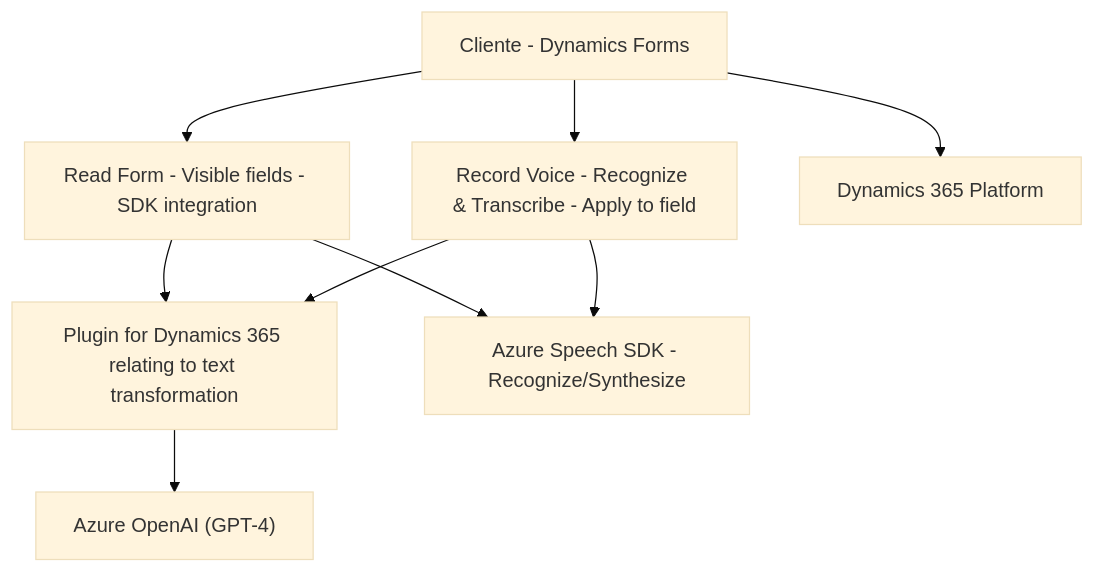
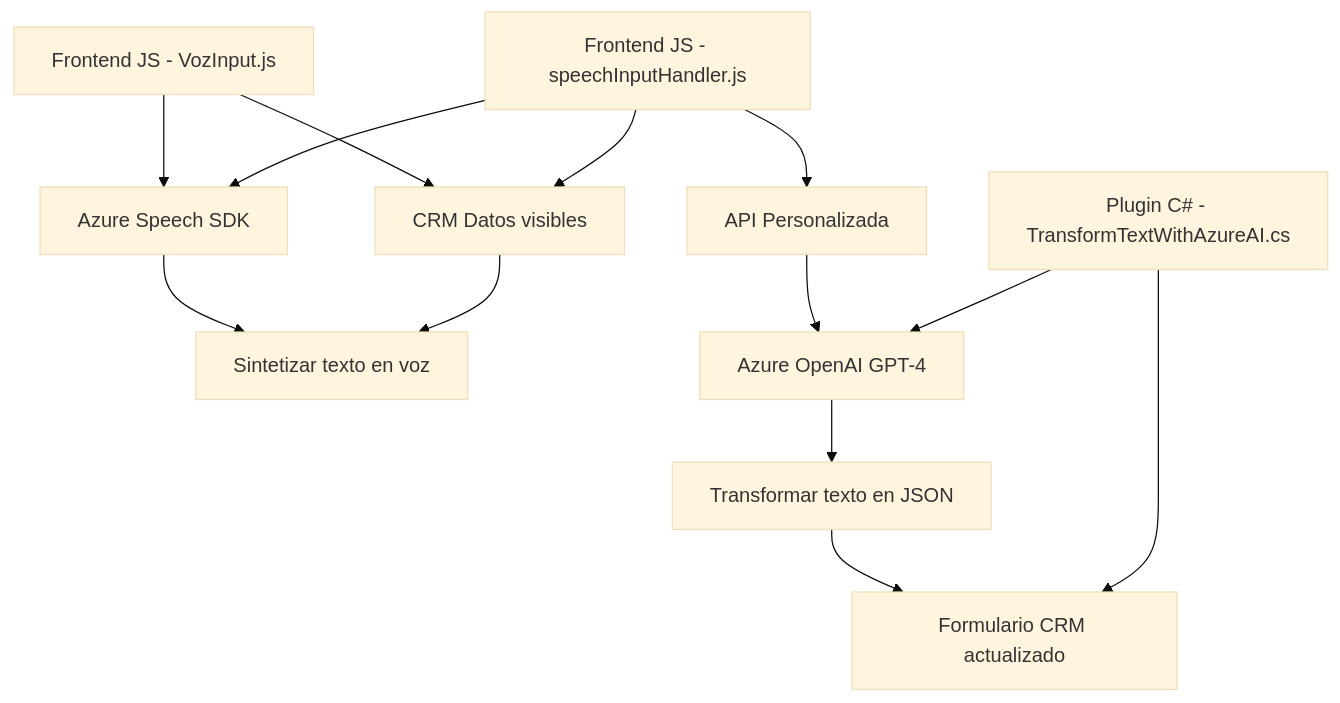
The diagram in README.md (blopezdm/NETCORE_BILBAO2025), drawn with Mermaid (base theme) before and after one commit. The commit also changed other lines of this file, not shown here.

````diff
--- a/README.md
+++ b/README.md
@@ -40,22 +41,17 @@
 ```mermaid
 graph TD
-    A["Cliente - Dynamics Forms"]
-    B["Frontend - voiceInputHandler.js"]
-    C["Frontend - speechForm.js"]
-    D["Backend Plugin - TransformTextWithAzureAI.cs"]
-    E["Azure Speech SDK - Recognize/Synthesize"]
-    F["Azure OpenAI (GPT-4)"]
-    G["Dynamics 365 Platform"]
+    A["Frontend JS - VozInput.js"] --> B["Azure Speech SDK"]
+    A --> C["CRM Datos visibles"]
+    B --> D["Sintetizar texto en voz"]
+    C --> D
+    
+    E["Frontend JS - speechInputHandler.js"] --> B
+    E --> F["API Personalizada"]
+    F --> G["Azure OpenAI GPT-4"]
+    E --> C
+    G --> H["Transformar texto en JSON"]
+    H --> I["Formulario CRM actualizado"]
 
-    A --> B
-    A --> C
-    B --> E
-    C --> E
-    B --> D
-    C --> D
-    D --> F
-    A --> G
-    B[Read Form - Visible fields - SDK integration]
-    C[Record Voice - Recognize & Transcribe - Apply to field]
-    D[Plugin for Dynamics 365 relating to text transformation]
+    J["Plugin C# - TransformTextWithAzureAI.cs"] --> G
+    J --> I
 ```
````
